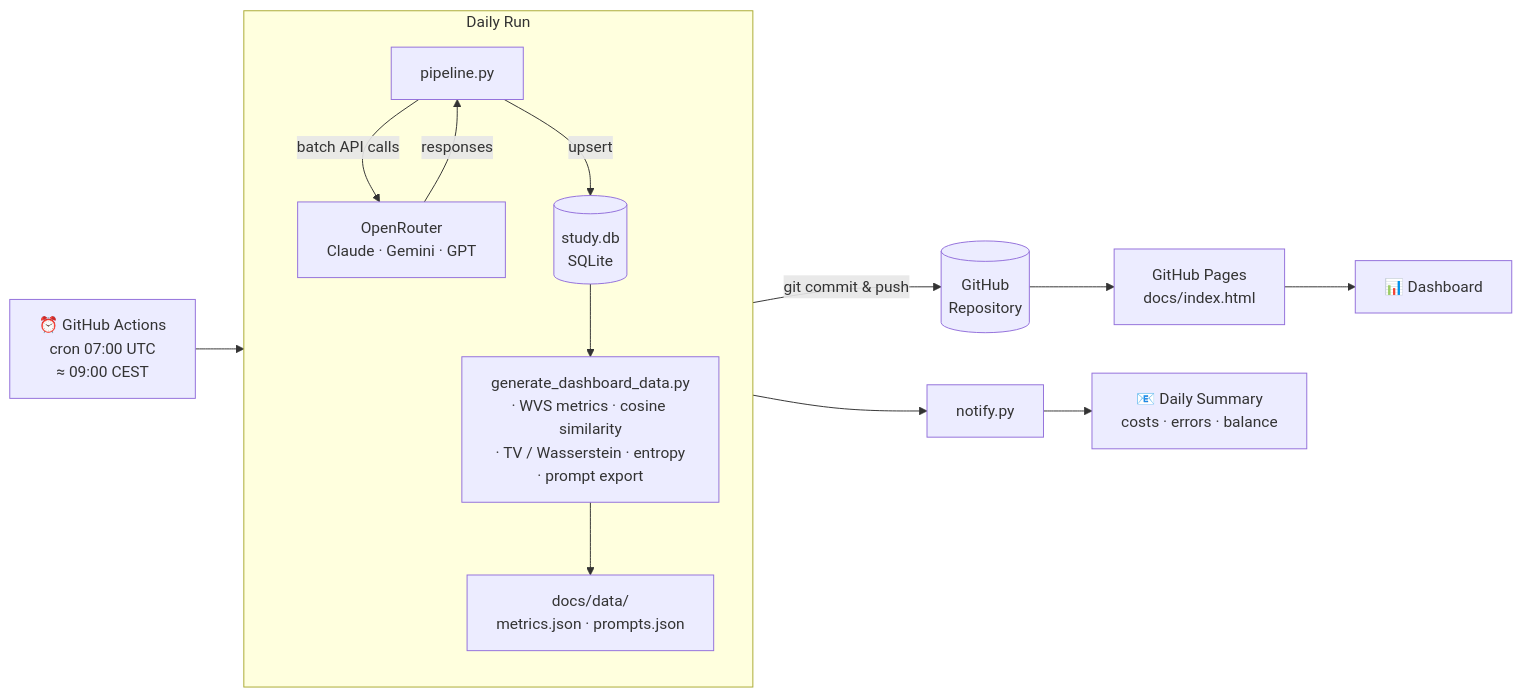
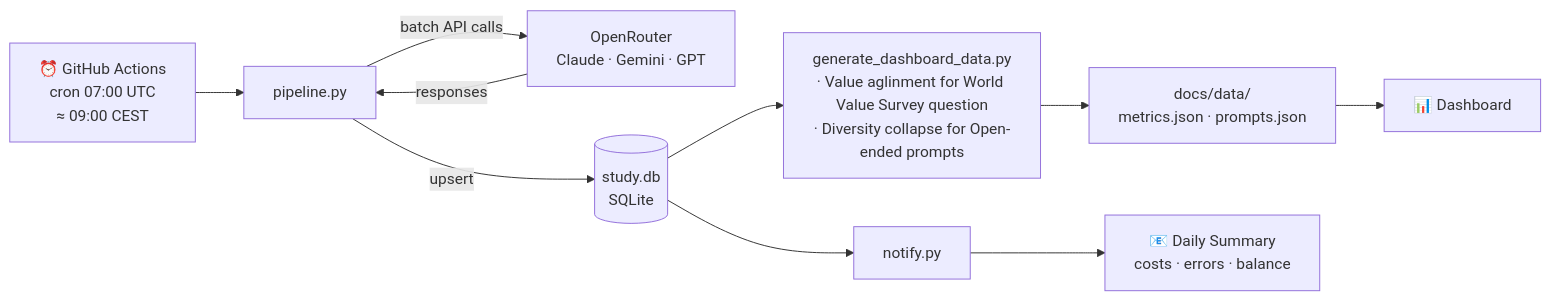
Before and after one commit to cococokoko/longitudinal-llm-study: the diagram in README.md, drawn with Mermaid. The commit also changed other lines of this file, not shown here.

Commit message:
update diagram

````diff
--- a/README.md
+++ b/README.md
@@ -9,20 +9,16 @@
 ```mermaid
 flowchart LR
     CRON["⏰ GitHub Actions\ncron 07:00 UTC\n≈ 09:00 CEST"] --> PIPE
 
-    subgraph run ["Daily Run"]
-        direction TB
-        PIPE["pipeline.py"] -->|"batch API calls"| OR["OpenRouter\nClaude · Gemini · GPT"]
-        OR -->|"responses"| PIPE
-        PIPE -->|"upsert"| DB[("study.db\nSQLite")]
-        DB --> DASH["generate_dashboard_data.py\n· WVS metrics · cosine similarity\n· TV / Wasserstein · entropy\n· prompt export"]
-        DASH --> JSON["docs/data/\nmetrics.json · prompts.json"]
-    end
-
-    run -->|"git commit & push"| GH[("GitHub\nRepository")]
-    GH --> PAGES["GitHub Pages\ndocs/index.html"]
-    PAGES --> USER["📊 Dashboard"]
+    direction TB
+    PIPE["pipeline.py"] -->|"batch API calls"| OR["OpenRouter\nClaude · Gemini · GPT"]
+    OR -->|"responses"| PIPE
+    PIPE -->|"upsert"| DB[("study.db\nSQLite")]
+    DB --> DASH["generate_dashboard_data.py\n· Value aglinment for World Value Survey question\n· Diversity collapse for Open-ended prompts"]
+    DASH --> JSON["docs/data/\nmetrics.json · prompts.json"]
+    JSON --> USER["📊 Dashboard"]
 
     DB --> NOTIFY["notify.py"]
     NOTIFY --> EMAIL["📧 Daily Summary\ncosts · errors · balance"]
+
 ```
````
